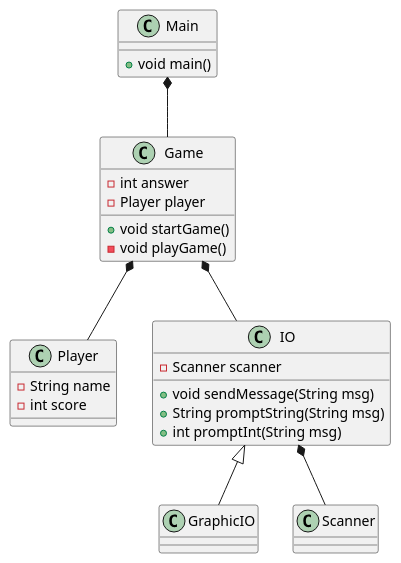
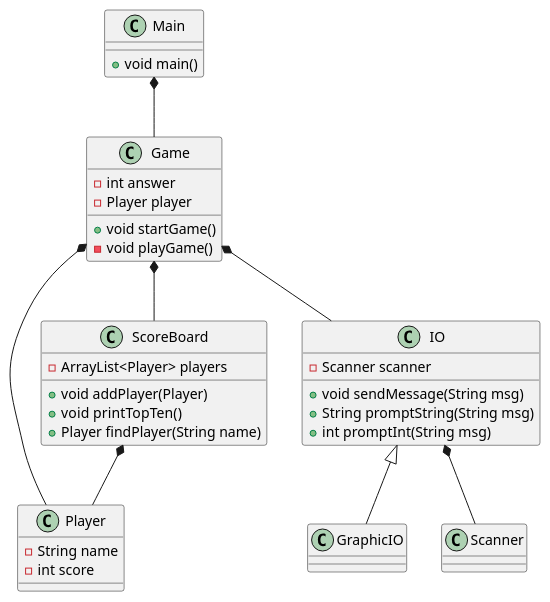
The diagram in documentation/numbergame.puml (Dat1Cphbusiness/spring2026), drawn with PlantUML before and after one commit. The commit also changed 4 other files, not shown here.

```diff
--- a/documentation/numbergame.puml
+++ b/documentation/numbergame.puml
@@ -1,38 +1,47 @@
 @startuml
 'https://plantuml.com/class-diagram
 
 class Game{
     - int answer
     - Player player
     + void startGame()
     - void playGame()
 }
 
 class Player{
     - String name
     - int score
+}
+
+class ScoreBoard{
+    - ArrayList<Player> players
+    + void addPlayer(Player)
+    + void printTopTen()
+    + Player findPlayer(String name)
 }
 
 class IO{
     - Scanner scanner
     + void sendMessage(String msg)
     + String promptString(String msg)
     + int promptInt(String msg)
 }
 
 class GraphicIO{}
 
 class Main{
     + void main()
 }
 
 class Scanner{}
 
 IO *-- Scanner
 Game *-- IO
 Game *-- Player
 Main *-- Game
 IO <|-- GraphicIO
+Game *-- ScoreBoard
+ScoreBoard *-- Player
 
 
 @enduml
```
